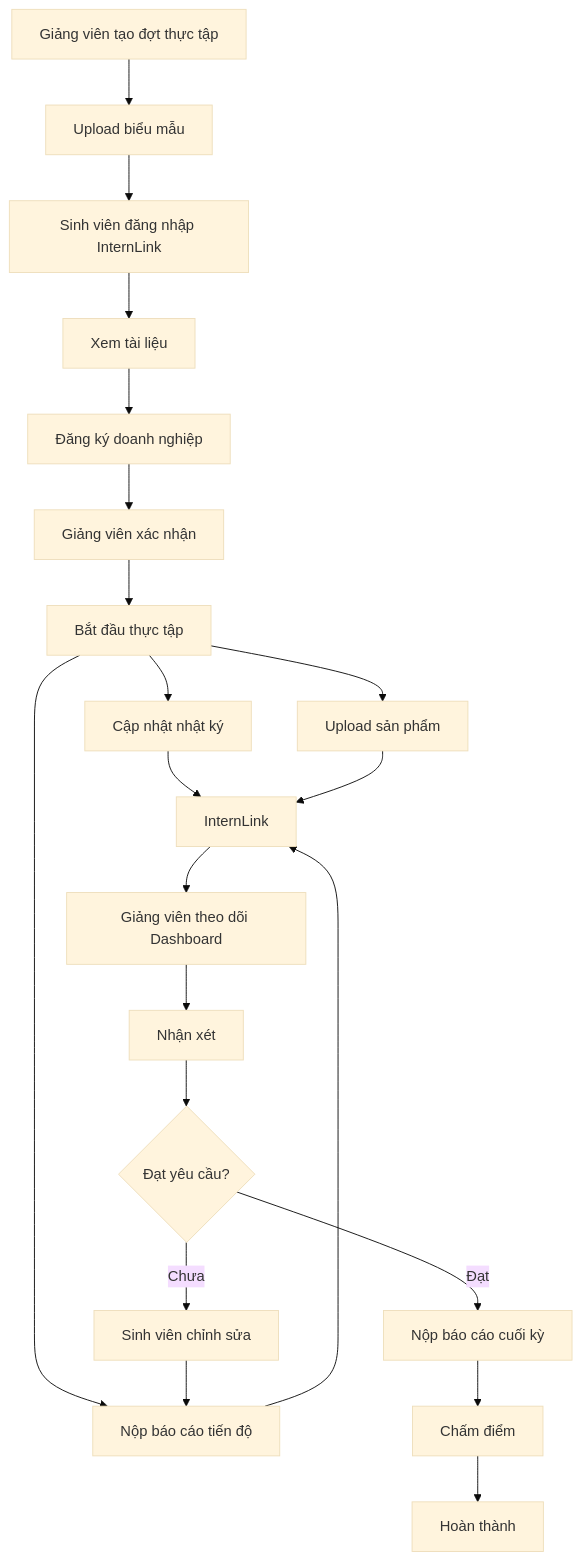
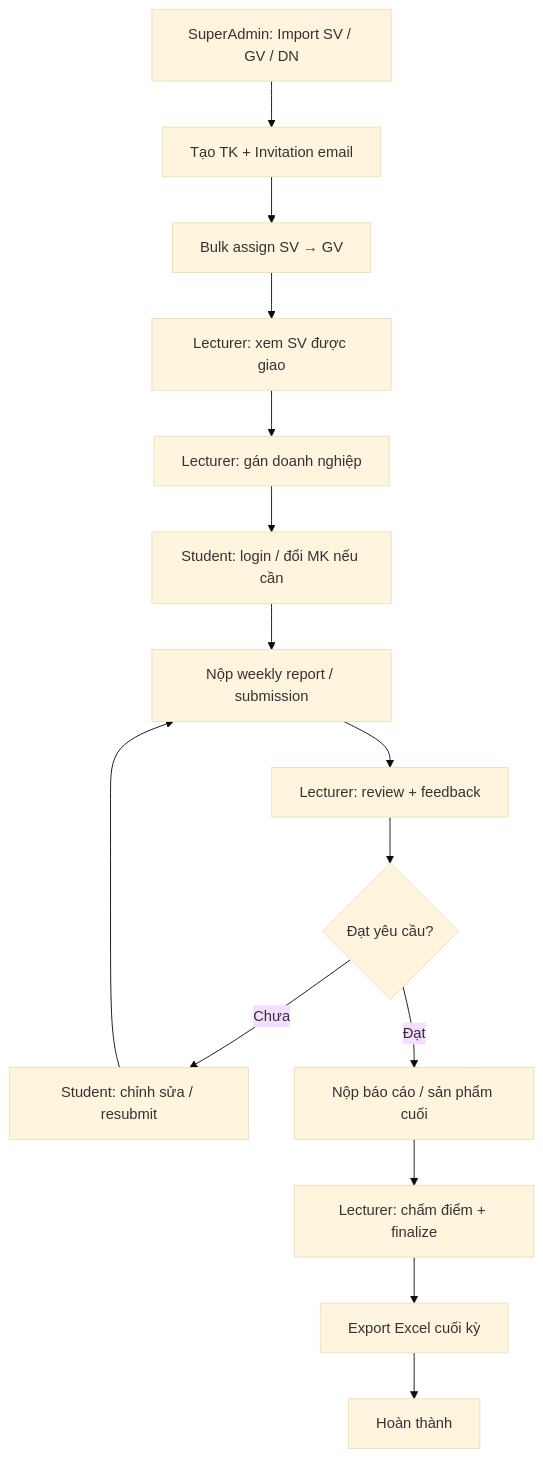
Before and after one commit to thachhien-github/InternLink: the diagram in docs/images/workflow/to-be-workflow.md, drawn with Mermaid (base theme). The commit also changed other lines of this file and 31 other files, not shown here.

First line of the commit message:
Complete documentation sync (D0–D5): Vision/SRS through API Spec aligned with SuperAdmin MVP.

````diff
--- a/docs/images/workflow/to-be-workflow.md
+++ b/docs/images/workflow/to-be-workflow.md
@@ -3,43 +5,19 @@
 ```mermaid
 flowchart TD
 
-A[Giảng viên tạo đợt thực tập] --> B[Upload biểu mẫu]
+  A0[SuperAdmin: Import SV / GV / DN] --> A1[Tạo TK + Invitation email]
+  A1 --> A2[Bulk assign SV → GV]
+  A2 --> B[Lecturer: xem SV được giao]
+  B --> C[Lecturer: gán doanh nghiệp]
+  C --> D[Student: login / đổi MK nếu cần]
 
-B --> C[Sinh viên đăng nhập InternLink]
-
-C --> D[Xem tài liệu]
-
-D --> E[Đăng ký doanh nghiệp]
-
-E --> F[Giảng viên xác nhận]
-
-F --> G[Bắt đầu thực tập]
-
-G --> H[Cập nhật nhật ký]
-
-G --> I[Nộp báo cáo tiến độ]
-
-G --> J[Upload sản phẩm]
-
-H --> K[InternLink]
-
-I --> K
-
-J --> K
-
-K --> L[Giảng viên theo dõi Dashboard]
-
-L --> M[Nhận xét]
-
-M --> N{Đạt yêu cầu?}
-
-N -- Chưa --> O[Sinh viên chỉnh sửa]
-
-O --> I
-
-N -- Đạt --> P[Nộp báo cáo cuối kỳ]
-
-P --> Q[Chấm điểm]
-
-Q --> R[Hoàn thành]
+  D --> E[Nộp weekly report / submission]
+  E --> F[Lecturer: review + feedback]
+  F --> G{Đạt yêu cầu?}
+  G -- Chưa --> H[Student: chỉnh sửa / resubmit]
+  H --> E
+  G -- Đạt --> I[Nộp báo cáo / sản phẩm cuối]
+  I --> J[Lecturer: chấm điểm + finalize]
+  J --> K[Export Excel cuối kỳ]
+  K --> L[Hoàn thành]
 ```
````
